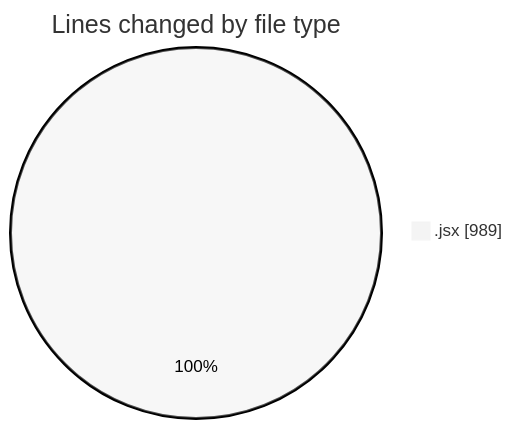
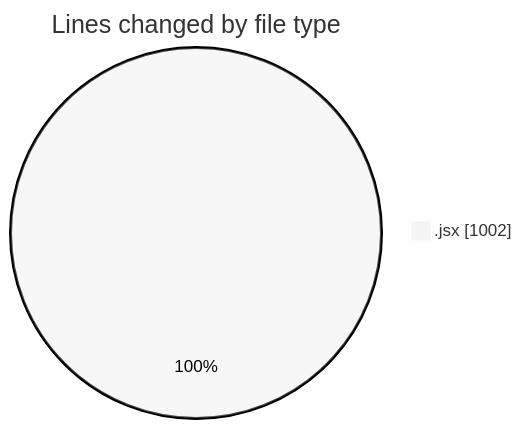
One commit to nxtqubesakshisongat/code-tracking changed the first of 2 diagrams in 2026-01-03/nxtqube_webapp/README.md. Above: the diagram before and after it, drawn with Mermaid (neutral theme). The commit also changed other lines of this file and 1 other file, not shown here.

````diff
--- a/2026-01-03/nxtqube_webapp/README.md
+++ b/2026-01-03/nxtqube_webapp/README.md
@@ -20,5 +20,5 @@
 ```mermaid
 pie showData
 title Lines changed by file type
-".jsx" : 989
+".jsx" : 1002
 ```
````
